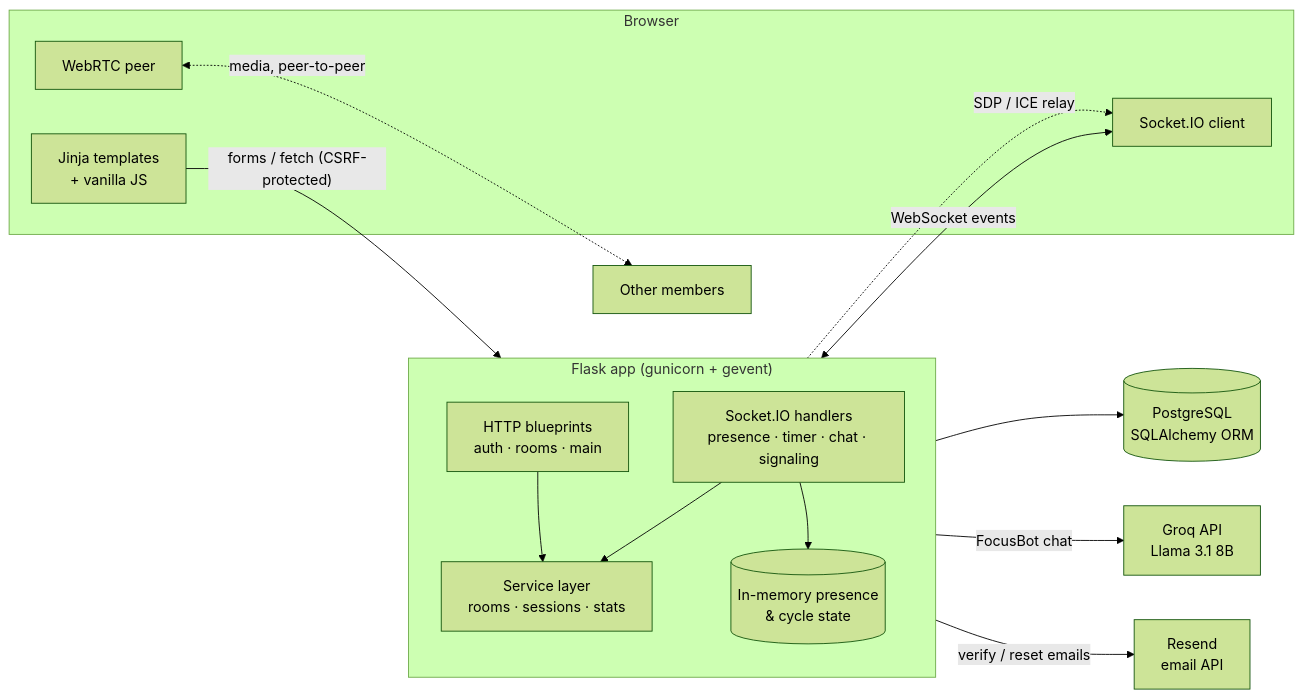
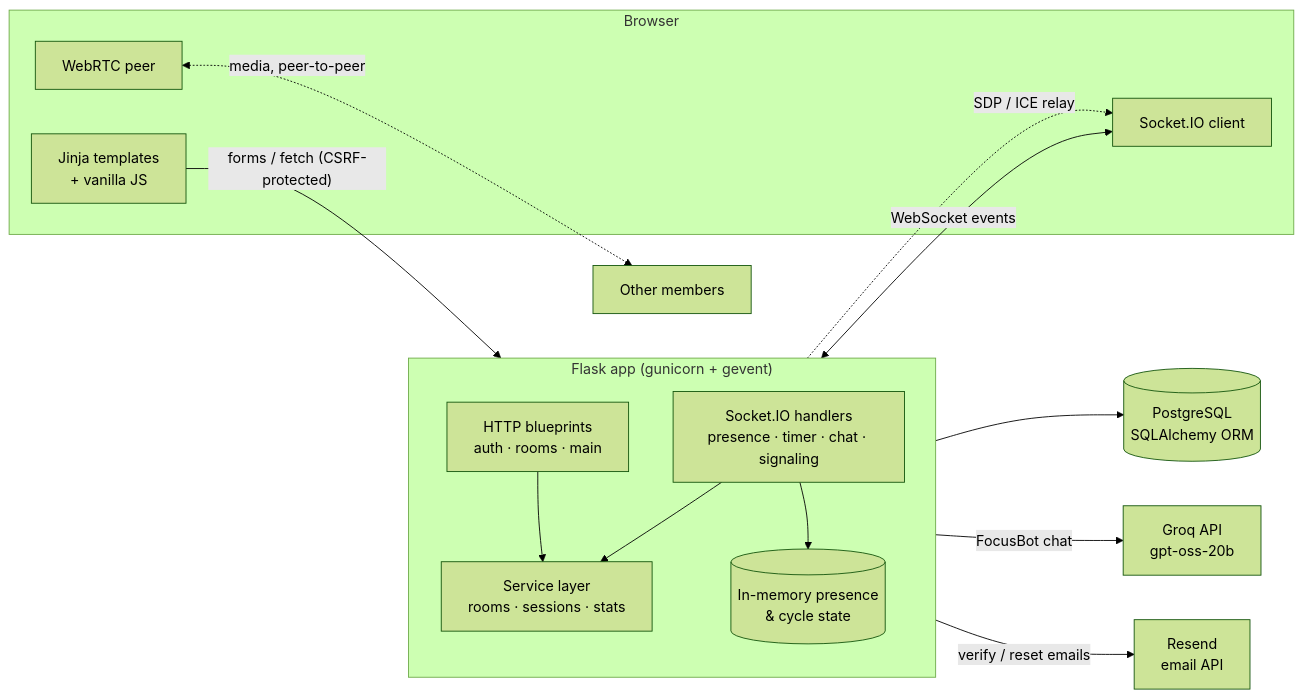
The first of 2 diagrams in README.md (Nikoliadis/Focus-Buddy), drawn with Mermaid (forest theme) before and after one commit. The commit also changed other lines of this file and 17 other files, not shown here.

````diff
--- a/README.md
+++ b/README.md
@@ -52,31 +52,31 @@
 ```mermaid
 flowchart LR
     subgraph Browser
         UI["Jinja templates<br/>+ vanilla JS"]
         SIO["Socket.IO client"]
         RTC["WebRTC peer"]
     end
 
     subgraph Server["Flask app (gunicorn + gevent)"]
         direction TB
         HTTP["HTTP blueprints<br/>auth · rooms · main"]
         WS["Socket.IO handlers<br/>presence · timer · chat · signaling"]
         SVC["Service layer<br/>rooms · sessions · stats"]
         MEM[("In-memory presence<br/>& cycle state")]
         HTTP --> SVC
         WS --> SVC
         WS --> MEM
     end
 
     DB[("PostgreSQL<br/>SQLAlchemy ORM")]
-    GROQ["Groq API<br/>Llama 3.1 8B"]
+    GROQ["Groq API<br/>gpt-oss-20b"]
     RESEND["Resend<br/>email API"]
 
     UI -->|"forms / fetch (CSRF-protected)"| HTTP
     SIO <-->|"WebSocket events"| WS
     RTC <-.->|"media, peer-to-peer"| RTC2["Other members"]
     WS -.->|"SDP / ICE relay"| SIO
     SVC --> DB
     HTTP -->|"FocusBot chat"| GROQ
     HTTP -->|"verify / reset emails"| RESEND
 ```
````
